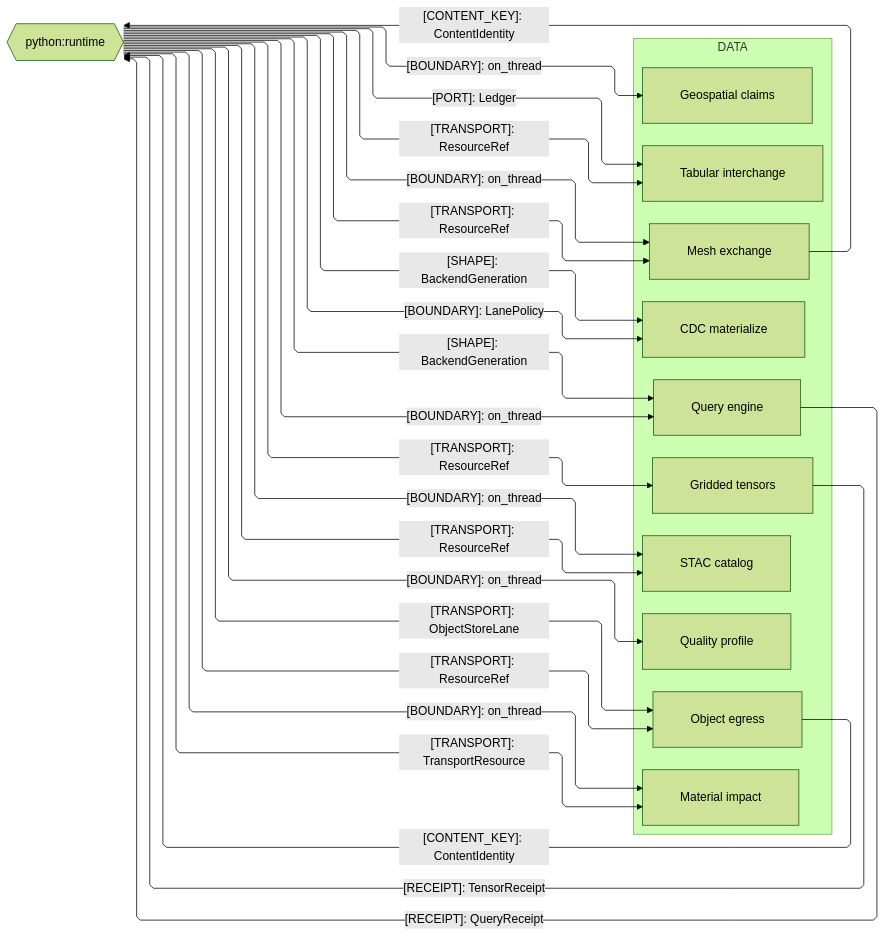
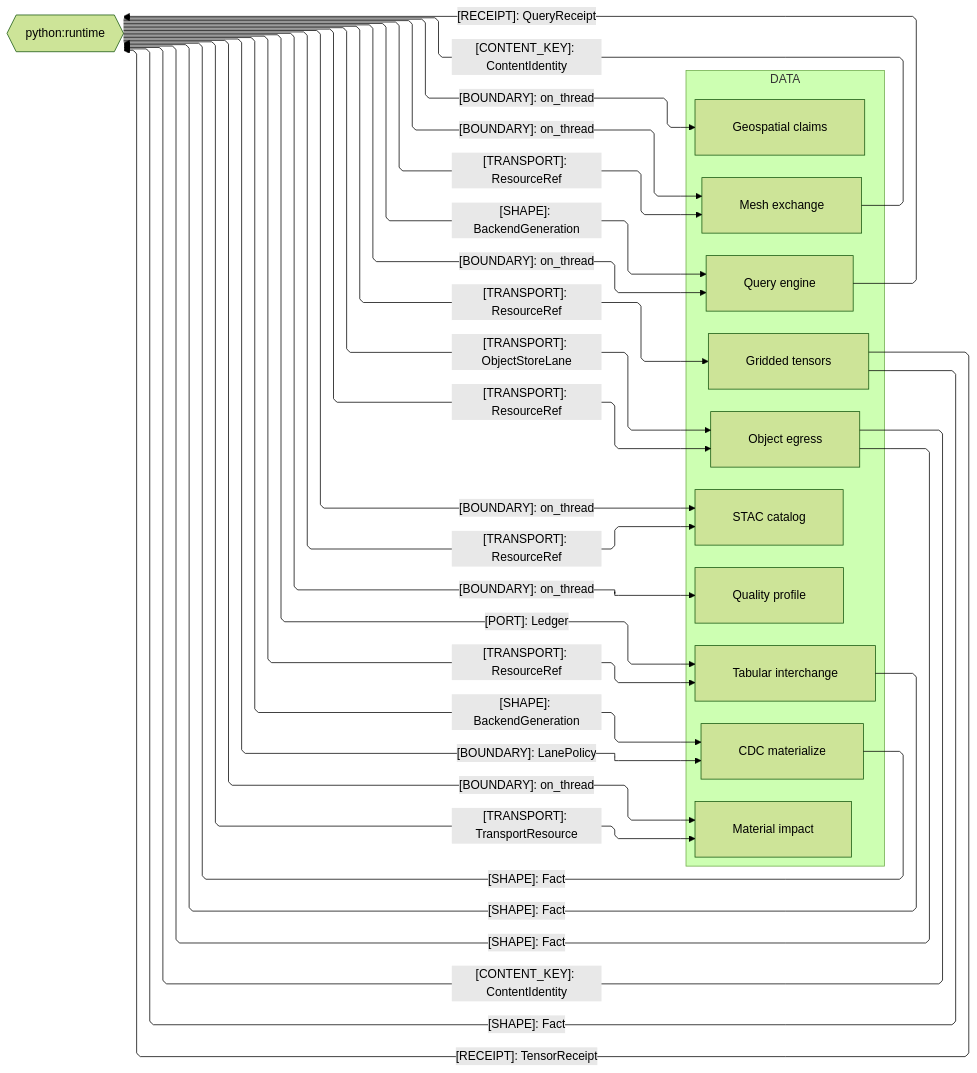
The second of 4 diagrams in libs/python/data/ARCHITECTURE.md (bsamiee/Rasm), drawn with Mermaid (forest theme) before and after one commit. The commit also changed other lines of this file and 168 other files, not shown here.

First line of the commit message:
Drain the Python branch: runtime, data, compute, artifacts, geometry closed with C# ripples landed

````diff
--- a/libs/python/data/ARCHITECTURE.md
+++ b/libs/python/data/ARCHITECTURE.md
@@ -129,46 +129,50 @@
 ```mermaid
 ---
 config:
   layout: elk
   flowchart:
     curve: linear
     padding: 25
 ---
 flowchart LR
     accTitle: Data package Python host-runtime seam registry
-    accDescr: Data sub-domain owners exchanging content identity, transport, receipts, thread boundaries, and the durable evidence port with the Python host runtime sibling.
+    accDescr: Data sub-domain owners exchanging content identity, transport, receipts, thread boundaries, the durable evidence port, and the evidence facts their mutation legs record back through it with the Python host runtime sibling.
     subgraph data[DATA]
         Tabular[Tabular interchange]
         Egress[Object egress]
         Query[Query engine]
         Materialize[CDC materialize]
         Catalog[STAC catalog]
         Gridded[Gridded tensors]
         Impact[Material impact]
         Profile[Quality profile]
         Geospatial[Geospatial claims]
         Mesh[Mesh exchange]
     end
     Runtime{{python:runtime}}
     Egress e1@-->|"[CONTENT_KEY]: ContentIdentity"| Runtime
     Query e3@-->|"[RECEIPT]: QueryReceipt"| Runtime
     Gridded e19@-->|"[RECEIPT]: TensorReceipt"| Runtime
     Mesh e2@-->|"[CONTENT_KEY]: ContentIdentity"| Runtime
+    Tabular e30@-->|"[SHAPE]: Fact"| Runtime
+    Egress e31@-->|"[SHAPE]: Fact"| Runtime
+    Materialize e32@-->|"[SHAPE]: Fact"| Runtime
+    Gridded e33@-->|"[SHAPE]: Fact"| Runtime
     Runtime e4@-->|"[TRANSPORT]: ResourceRef"| Tabular
     Runtime e28@-->|"[PORT]: Ledger"| Tabular
     Runtime e20@-->|"[TRANSPORT]: ResourceRef"| Egress
     Runtime e29@-->|"[TRANSPORT]: ObjectStoreLane"| Egress
     Runtime e11@-->|"[BOUNDARY]: on_thread"| Query
     Runtime e26@-->|"[SHAPE]: BackendGeneration"| Query
     Runtime e17@-->|"[BOUNDARY]: LanePolicy"| Materialize
     Runtime e27@-->|"[SHAPE]: BackendGeneration"| Materialize
     Runtime e23@-->|"[TRANSPORT]: ResourceRef"| Catalog
     Runtime e18@-->|"[BOUNDARY]: on_thread"| Catalog
     Runtime e21@-->|"[TRANSPORT]: ResourceRef"| Gridded
     Runtime e5@-->|"[TRANSPORT]: TransportResource"| Impact
     Runtime e24@-->|"[BOUNDARY]: on_thread"| Impact
     Runtime e14@-->|"[BOUNDARY]: on_thread"| Profile
     Runtime e12@-->|"[BOUNDARY]: on_thread"| Geospatial
     Runtime e22@-->|"[TRANSPORT]: ResourceRef"| Mesh
     Runtime e13@-->|"[BOUNDARY]: on_thread"| Mesh
 ```
````
